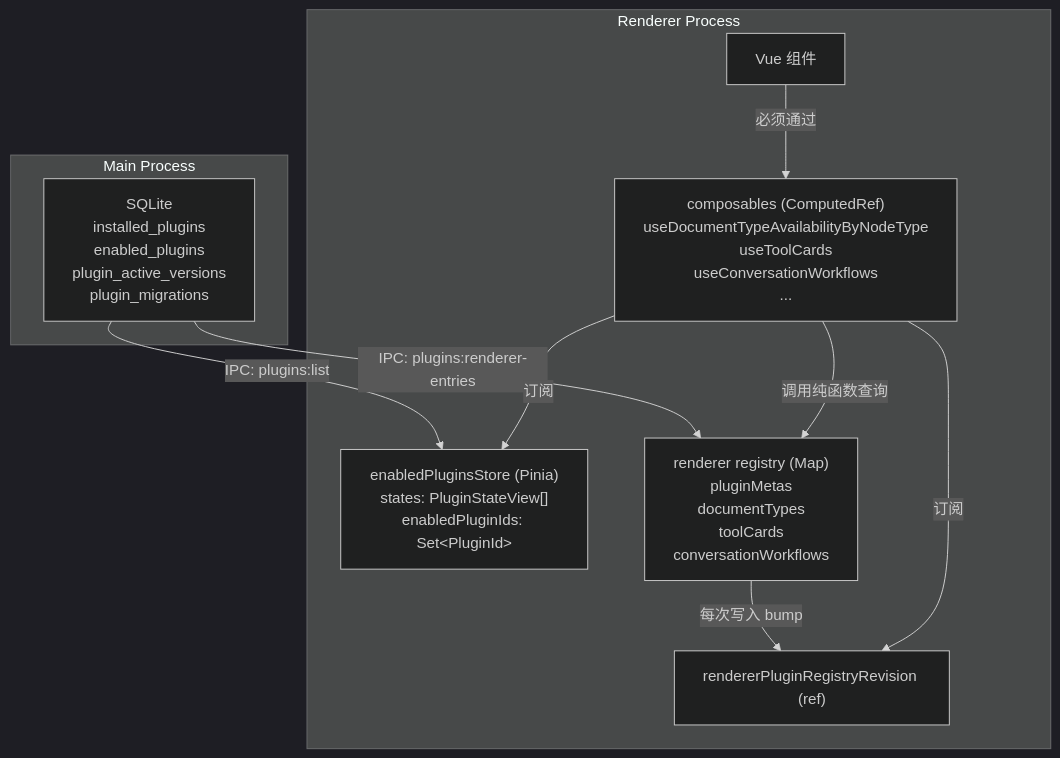
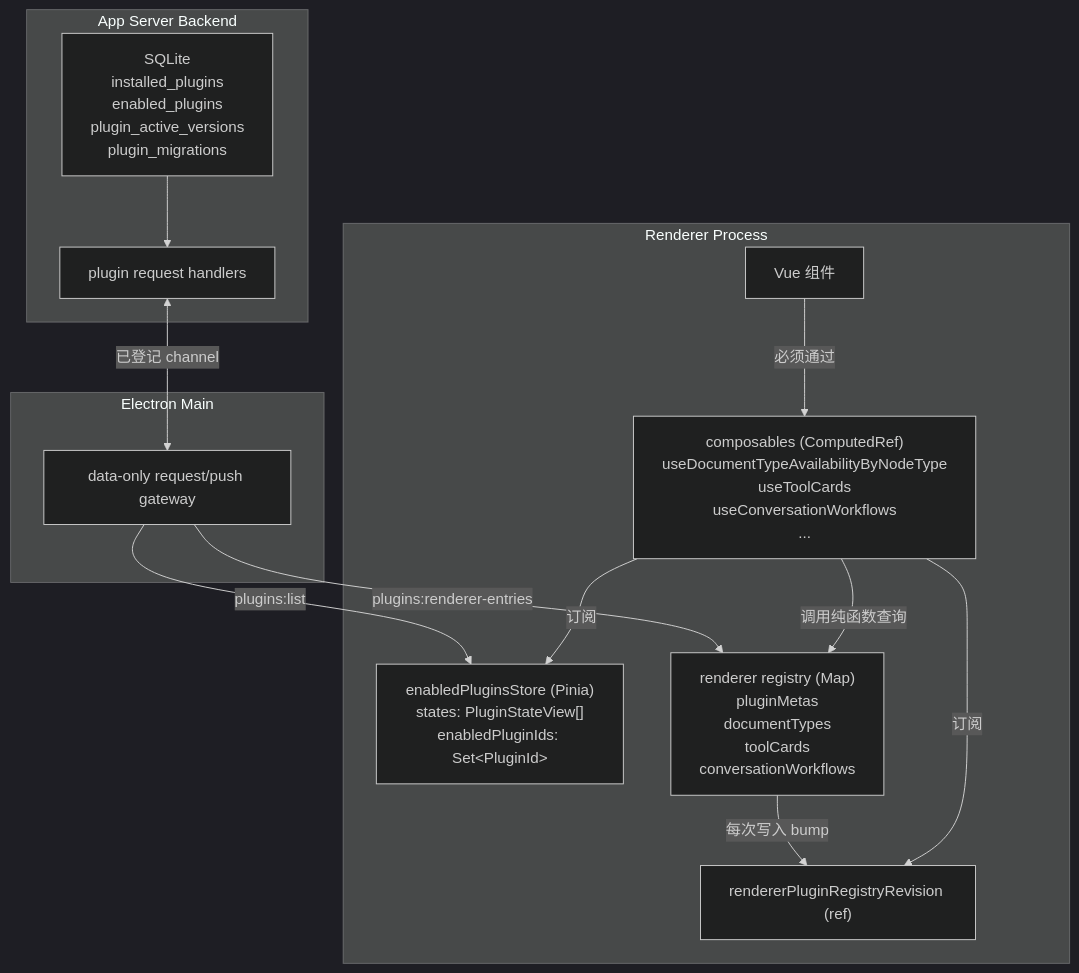
The fifth of 6 diagrams in docs/plugins/architecture.md (linnlabs/linnya), drawn with Mermaid (dark theme) before and after one commit. The commit also changed other lines of this file and 18 other files, not shown here.

````diff
--- a/docs/plugins/architecture.md
+++ b/docs/plugins/architecture.md
@@ -184,22 +209,29 @@
 ```mermaid
 graph TB
-    subgraph "Main Process"
+    subgraph "App Server Backend"
         SQLite["SQLite<br/>installed_plugins<br/>enabled_plugins<br/>plugin_active_versions<br/>plugin_migrations"]
+        Requests["plugin request handlers"]
+        SQLite --> Requests
+    end
+
+    subgraph "Electron Main"
+        Gateway["data-only request/push gateway"]
     end
 
     subgraph "Renderer Process"
         Pinia["enabledPluginsStore (Pinia)<br/>states: PluginStateView[]<br/>enabledPluginIds: Set&lt;PluginId&gt;"]
         RegistryMap["renderer registry (Map)<br/>pluginMetas<br/>documentTypes<br/>toolCards<br/>conversationWorkflows"]
         Revision["rendererPluginRegistryRevision (ref)"]
         Composables["composables (ComputedRef)<br/>useDocumentTypeAvailabilityByNodeType<br/>useToolCards<br/>useConversationWorkflows<br/>..."]
         VueComponents["Vue 组件"]
     end
 
-    SQLite -->|"IPC: plugins:list"| Pinia
-    SQLite -->|"IPC: plugins:renderer-entries"| RegistryMap
+    Requests <-->|"已登记 channel"| Gateway
+    Gateway -->|"plugins:list"| Pinia
+    Gateway -->|"plugins:renderer-entries"| RegistryMap
     RegistryMap -->|"每次写入 bump"| Revision
     Composables -->|"订阅"| Revision
     Composables -->|"订阅"| Pinia
     Composables -->|"调用纯函数查询"| RegistryMap
     VueComponents -->|"必须通过"| Composables
 ```
````
